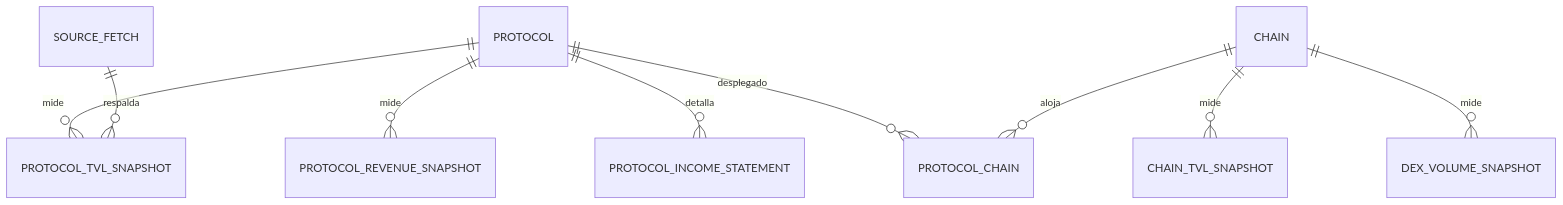
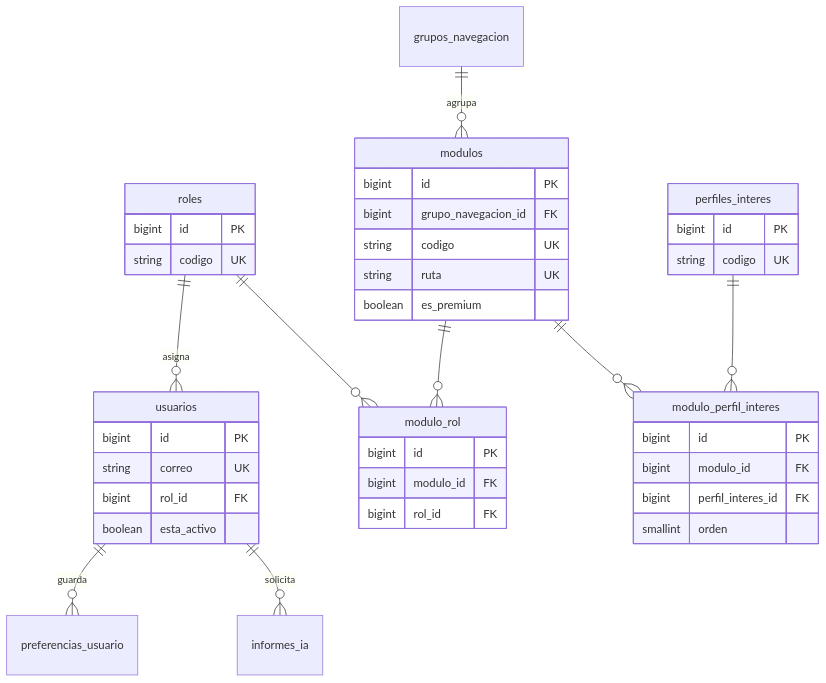
Before and after one commit to UnidadBFdigital/JaviviMonitor: the second of 8 diagrams in JaviviMonitor-modelo-ER.md, drawn with Mermaid. The commit also changed other lines of this file, not shown here.

````diff
--- a/JaviviMonitor-modelo-ER.md
+++ b/JaviviMonitor-modelo-ER.md
@@ -354,11 +1052,44 @@
 ```mermaid
 erDiagram
-    PROTOCOL ||--o{ PROTOCOL_TVL_SNAPSHOT : mide
-    PROTOCOL ||--o{ PROTOCOL_REVENUE_SNAPSHOT : mide
-    PROTOCOL ||--o{ PROTOCOL_INCOME_STATEMENT : detalla
-    CHAIN ||--o{ CHAIN_TVL_SNAPSHOT : mide
-    CHAIN ||--o{ DEX_VOLUME_SNAPSHOT : mide
-    PROTOCOL ||--o{ PROTOCOL_CHAIN : desplegado
-    CHAIN ||--o{ PROTOCOL_CHAIN : aloja
-    SOURCE_FETCH ||--o{ PROTOCOL_TVL_SNAPSHOT : respalda
+    roles ||--o{ usuarios : asigna
+    grupos_navegacion ||--o{ modulos : agrupa
+    modulos ||--o{ modulo_rol : ""
+    roles ||--o{ modulo_rol : ""
+    modulos ||--o{ modulo_perfil_interes : ""
+    perfiles_interes ||--o{ modulo_perfil_interes : ""
+    usuarios ||--o{ preferencias_usuario : guarda
+    usuarios ||--o{ informes_ia : solicita
+
+    usuarios {
+        bigint id PK
+        string correo UK
+        bigint rol_id FK
+        boolean esta_activo
+    }
+    roles {
+        bigint id PK
+        string codigo UK
+    }
+    modulos {
+        bigint id PK
+        bigint grupo_navegacion_id FK
+        string codigo UK
+        string ruta UK
+        boolean es_premium
+    }
+    modulo_rol {
+        bigint id PK
+        bigint modulo_id FK
+        bigint rol_id FK
+    }
+    modulo_perfil_interes {
+        bigint id PK
+        bigint modulo_id FK
+        bigint perfil_interes_id FK
+        smallint orden
+    }
+    perfiles_interes {
+        bigint id PK
+        string codigo UK
+    }
 ```
````
